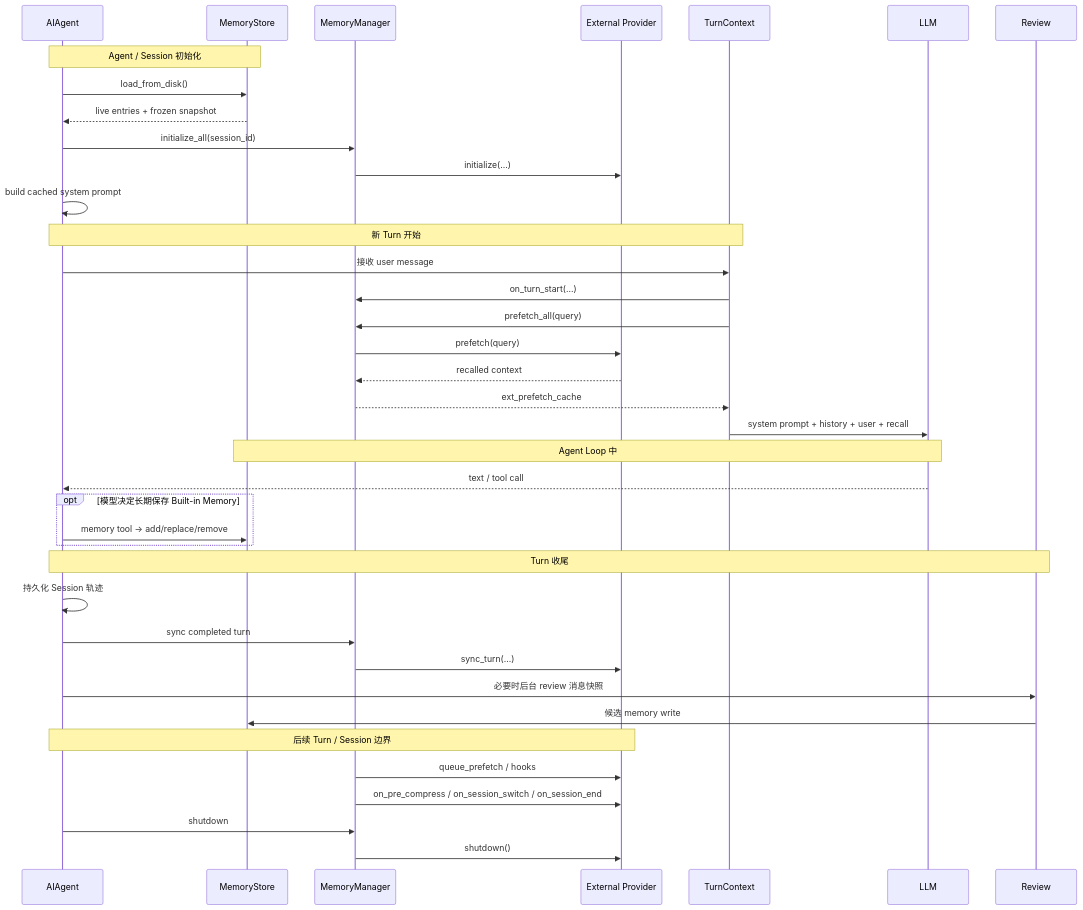
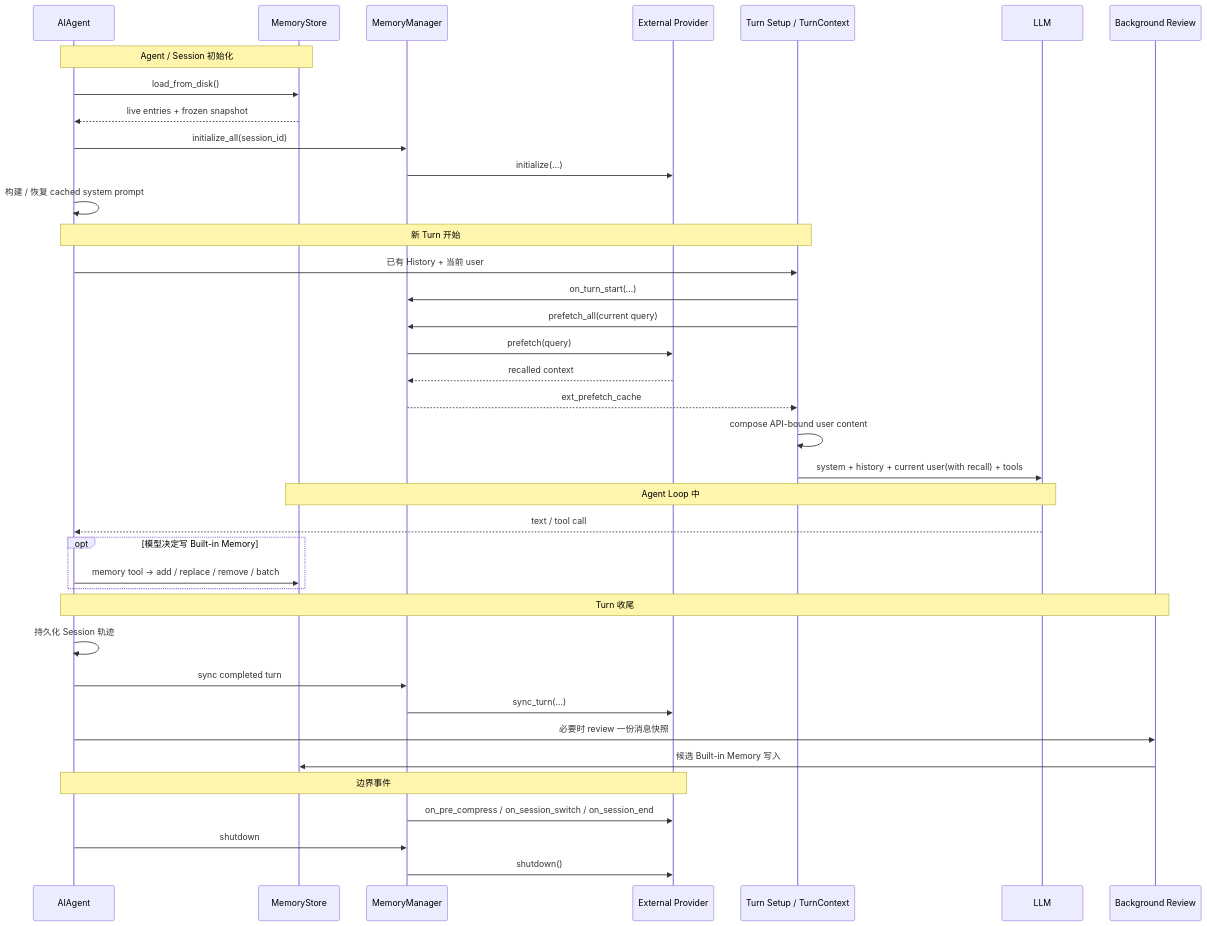
One commit to SodaWWater/AI-Learn changed the seventh of 15 diagrams in learning/hermes-vault/chapters/06-memory-history-external-provider.md. Above: the diagram before and after it, drawn with Mermaid. The commit also changed other lines of this file, not shown here.

Commit message:
docs: clarify Hermes memory architecture and teaching flow

````diff
--- a/learning/hermes-vault/chapters/06-memory-history-external-provider.md
+++ b/learning/hermes-vault/chapters/06-memory-history-external-provider.md
@@ -504,45 +740,45 @@
 ```mermaid
 sequenceDiagram
     participant A as AIAgent
     participant S as MemoryStore
     participant M as MemoryManager
     participant P as External Provider
-    participant T as TurnContext
+    participant T as Turn Setup / TurnContext
     participant L as LLM
-    participant R as Review
+    participant R as Background Review
 
     Note over A,S: Agent / Session 初始化
     A->>S: load_from_disk()
     S-->>A: live entries + frozen snapshot
     A->>M: initialize_all(session_id)
     M->>P: initialize(...)
-    A->>A: build cached system prompt
+    A->>A: 构建 / 恢复 cached system prompt
 
     Note over A,T: 新 Turn 开始
-    A->>T: 接收 user message
+    A->>T: 已有 History + 当前 user
     T->>M: on_turn_start(...)
-    T->>M: prefetch_all(query)
+    T->>M: prefetch_all(current query)
     M->>P: prefetch(query)
     P-->>M: recalled context
     M-->>T: ext_prefetch_cache
-    T->>L: system prompt + history + user + recall
+    T->>T: compose API-bound user content
+    T->>L: system + history + current user(with recall) + tools
 
     Note over L,S: Agent Loop 中
     L-->>A: text / tool call
-    opt 模型决定长期保存 Built-in Memory
-        A->>S: memory tool -> add/replace/remove
+    opt 模型决定写 Built-in Memory
+        A->>S: memory tool -> add / replace / remove / batch
     end
 
     Note over A,R: Turn 收尾
     A->>A: 持久化 Session 轨迹
     A->>M: sync completed turn
     M->>P: sync_turn(...)
-    A->>R: 必要时后台 review 消息快照
-    R->>S: 候选 memory write
+    A->>R: 必要时 review 一份消息快照
+    R->>S: 候选 Built-in Memory 写入
 
-    Note over A,P: 后续 Turn / Session 边界
-    M->>P: queue_prefetch / hooks
+    Note over A,P: 边界事件
     M->>P: on_pre_compress / on_session_switch / on_session_end
     A->>M: shutdown
     M->>P: shutdown()
 ```
````
